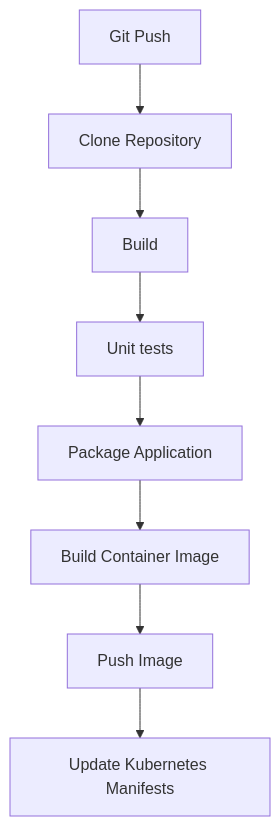
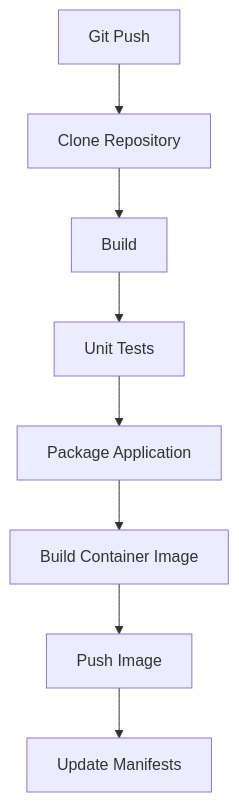
Before and after one commit to fedesa92/learning-gitOps: the third of 5 diagrams in ARCHITECTURE.md, drawn with Mermaid. The commit also changed other lines of this file and 1 other file, not shown here.

````diff
--- a/ARCHITECTURE.md
+++ b/ARCHITECTURE.md
@@ -228,10 +231,10 @@
 ```mermaid
 graph TD
     A[Git Push] --> B[Clone Repository]
     B --> C[Build]
-    C --> D[Unit tests]
+    C --> D[Unit Tests]
     D --> E[Package Application]
     E --> F[Build Container Image]
     F --> G[Push Image]
-    G --> H[Update Kubernetes Manifests]
+    G --> H[Update Manifests]
 ```
````
